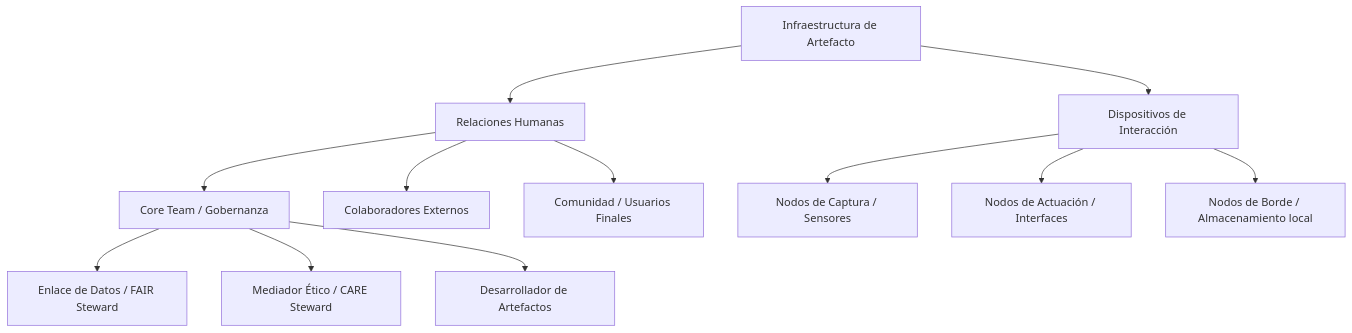
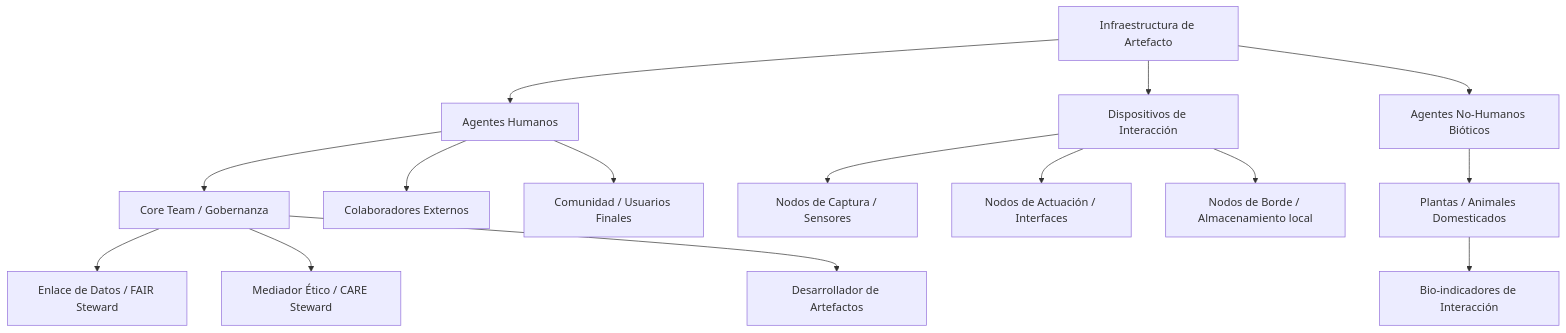
The diagram in fuente-proyecto/team.qmd (maordano/interdomestic), drawn with Mermaid before and after one commit. The commit also changed other lines of this file and 3 other files, not shown here.

````diff
--- a/fuente-proyecto/team.qmd
+++ b/fuente-proyecto/team.qmd
@@ -52,20 +53,25 @@
 ```mermaid
 graph TD
     %% Nodo Central
-    Ecosistema[Infraestructura de Artefacto] --> Personas-Humanas[Relaciones Humanas]
+    Ecosistema[Infraestructura de Artefacto] --> PersonasHumanas[Agentes Humanos]
     Ecosistema --> Dispositivos[Dispositivos de Interacción]
+    Ecosistema --> AgentesBioticos[Agentes No-Humanos Bióticos]
 
     %% Rama Humana (Estilo Contributorship)
-    Personas-Humanas --> CoreTeam[Core Team / Gobernanza]
-    Personas-Humanas --> Colaboradores[Colaboradores Externos]
-    Personas-Humanas --> Usuarios[Comunidad / Usuarios Finales]
+    PersonasHumanas --> CoreTeam[Core Team / Gobernanza]
+    PersonasHumanas --> Colaboradores[Colaboradores Externos]
+    PersonasHumanas --> Usuarios[Comunidad / Usuarios Finales]
 
     CoreTeam --> C_FAIR[Enlace de Datos / FAIR Steward]
     CoreTeam --> C_CARE[Mediador Ético / CARE Steward]
     CoreTeam --> C_Dev[Desarrollador de Artefactos]
 
     %% Rama Dispositivos
     Dispositivos --> Captura[Nodos de Captura / Sensores]
-    Dispositivos --> Actuación[Nodos de Actuación / Interfaces]
+    Dispositivos --> Actuacion[Nodos de Actuación / Interfaces]
     Dispositivos --> Almacenamiento[Nodos de Borde / Almacenamiento local]
+
+    %% Rama Biótica (Lógica Multiespecie)
+    AgentesBioticos --> Organismos[Plantas / Animales Domesticados]
+    Organismos --> Indicadores[Bio-indicadores de Interacción]
 ```
````
